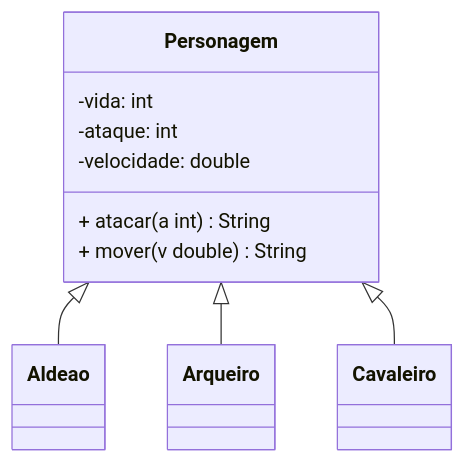
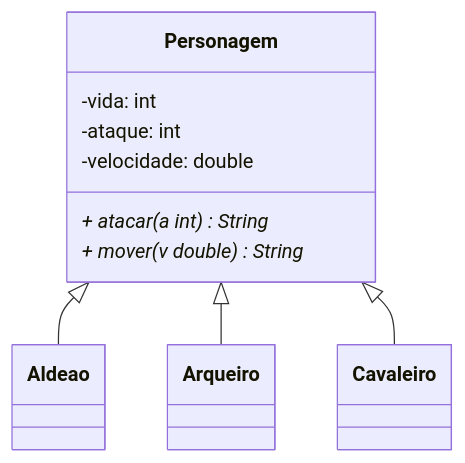
One commit to zEduardoxSD/POO changed the first of 2 diagrams in aulas/2026-10-21-aula/readme.md. Above: the diagram before and after it, drawn with Mermaid. The commit also changed 23 other files, not shown here.

````diff
--- a/aulas/2026-10-21-aula/readme.md
+++ b/aulas/2026-10-21-aula/readme.md
@@ -1,22 +1,22 @@
 ```mermaid
     classDiagram
         class Personagem{
             -vida: int
             -ataque: int
             -velocidade: double
-            + atacar(a int) String
-            + mover(v double) String
+            + atacar(a int) String*
+            + mover(v double) String*
         }
         class Aldeao{
             
         }
         class Arqueiro{
             
         }
         class Cavaleiro{
             
         }
         Personagem <|-- Aldeao
         Personagem <|-- Arqueiro
         Personagem<|-- Cavaleiro
 ```
````
